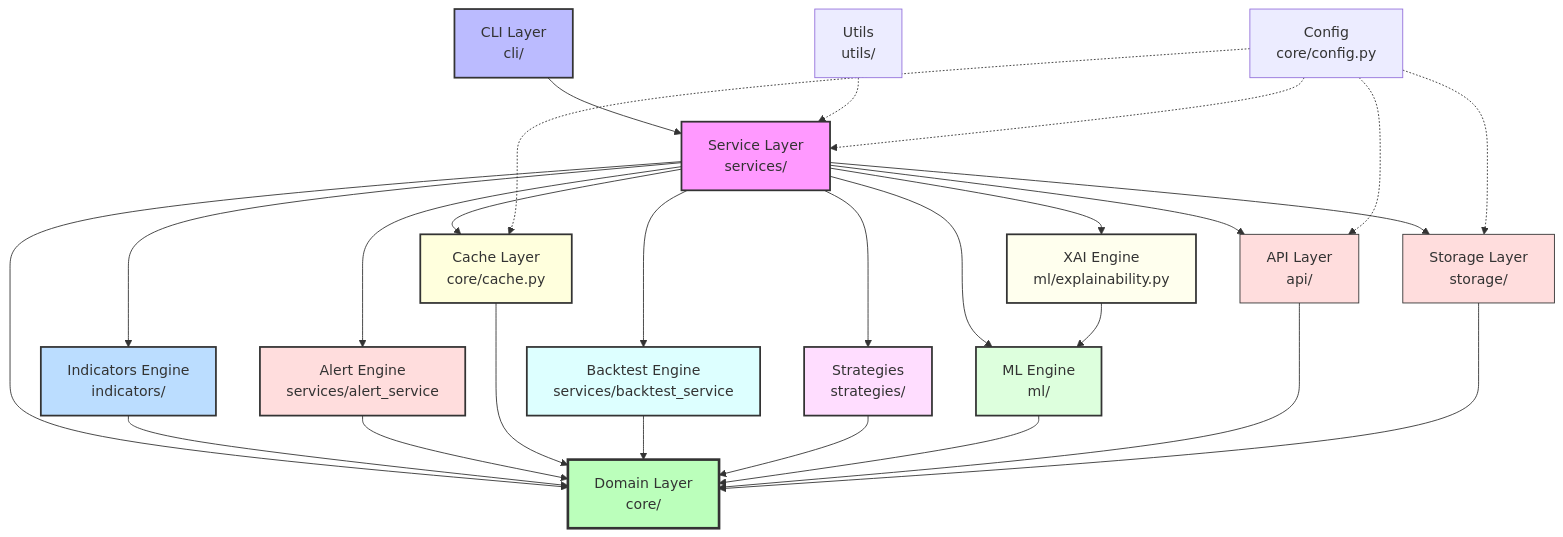
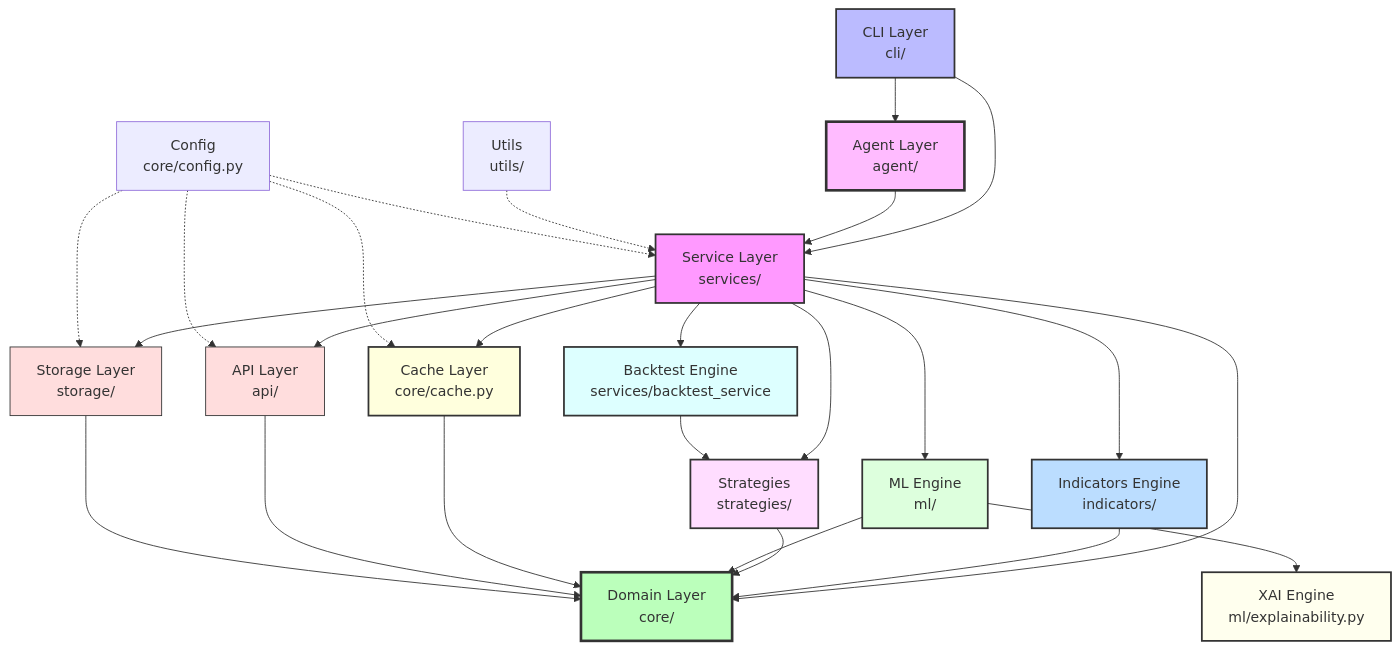
Before and after one commit to YaserEleraky/forex-tracker: the diagram in README.md, drawn with Mermaid. The commit also changed other lines of this file and 8 other files, not shown here.

````diff
--- a/README.md
+++ b/README.md
@@ -683,41 +767,45 @@
 ```mermaid
 graph TD
     A[CLI Layer<br/>cli/] --> B[Service Layer<br/>services/]
+    A --> P[Agent Layer<br/>agent/]
+    
+    P --> B
+    
     B --> C[API Layer<br/>api/]
     B --> D[Storage Layer<br/>storage/]
     B --> H[Indicators Engine<br/>indicators/]
-    B --> I[Alert Engine<br/>services/alert_service]
-    B --> J[Cache Layer<br/>core/cache.py]
     B --> K[Backtest Engine<br/>services/backtest_service]
     B --> L[Strategies<br/>strategies/]
     B --> M[ML Engine<br/>ml/]
-    B --> N[XAI Engine<br/>ml/explainability.py]
+    B --> J[Cache Layer<br/>core/cache.py]
     B --> E[Domain Layer<br/>core/]
+    
+    K --> L
+    M --> N[XAI Engine<br/>ml/explainability.py]
+    
     H --> E
-    I --> E
-    J --> E
-    K --> E
     L --> E
     M --> E
-    N --> M
+    J --> E
     C --> E
     D --> E
+    
     F[Utils<br/>utils/] -.-> B
     G[Config<br/>core/config.py] -.-> C
     G -.-> D
     G -.-> J
     G -.-> B
 
     style A fill:#bbf,stroke:#333,stroke-width:2px
+    style P fill:#fbf,stroke:#333,stroke-width:3px
     style B fill:#f9f,stroke:#333,stroke-width:2px
     style E fill:#bfb,stroke:#333,stroke-width:3px
     style H fill:#bdf,stroke:#333,stroke-width:2px
-    style I fill:#fdd,stroke:#333,stroke-width:2px
-    style J fill:#ffd,stroke:#333,stroke-width:2px
     style K fill:#dff,stroke:#333,stroke-width:2px
     style L fill:#fdf,stroke:#333,stroke-width:2px
     style M fill:#dfd,stroke:#333,stroke-width:2px
     style N fill:#ffe,stroke:#333,stroke-width:2px
+    style J fill:#ffd,stroke:#333,stroke-width:2px
     style C fill:#fdd,stroke:#333
     style D fill:#fdd,stroke:#333
 ```
````
